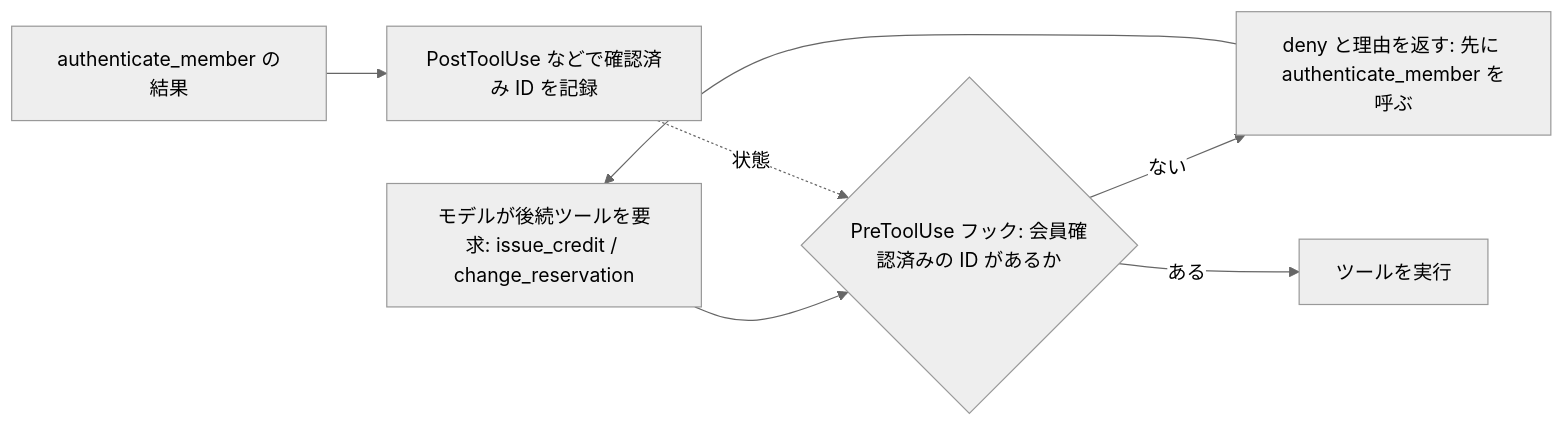
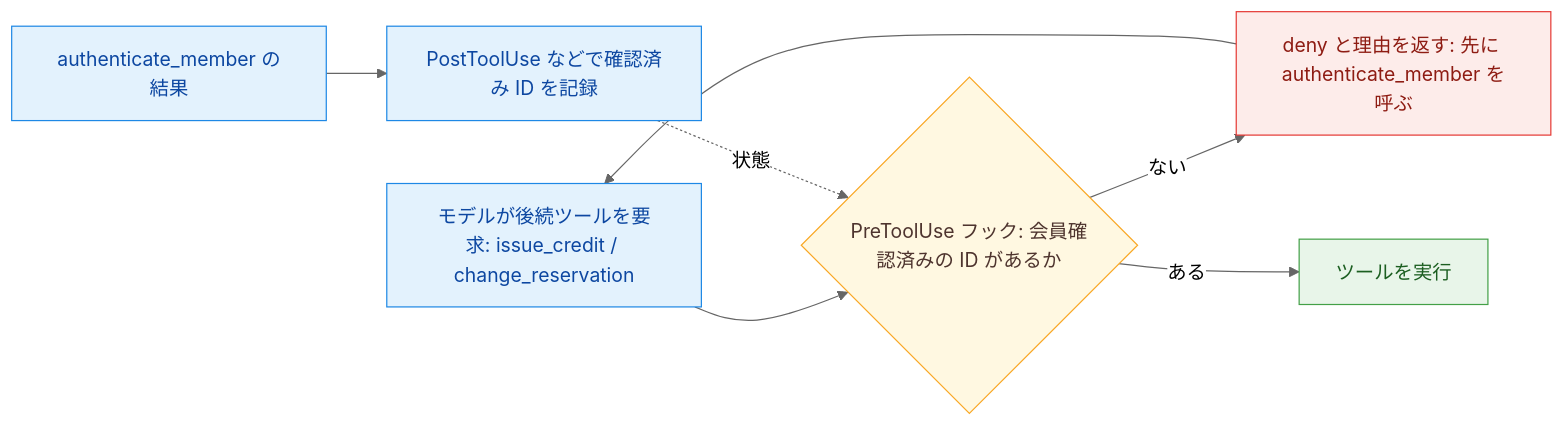
One commit to yuya-take/yuya-exam-notes changed the diagram in ccaf/notes/01-agentic-architecture/programmatic-workflow-enforcement.md. Above: the diagram before and after it, drawn with Mermaid (neutral theme). The commit also changed other lines of this file and 50 other files, not shown here.

````diff
--- a/ccaf/notes/01-agentic-architecture/programmatic-workflow-enforcement.md
+++ b/ccaf/notes/01-agentic-architecture/programmatic-workflow-enforcement.md
@@ -13,9 +12,17 @@
 ```mermaid
 flowchart LR
-  M[モデルが後続ツールを要求: issue_credit / change_reservation] --> H{PreToolUse フック: 会員確認済みの ID があるか}
-  H -- ない --> D[deny と理由を返す: 先に authenticate_member を呼ぶ]
+  M["モデルが後続ツールを要求: issue_credit / change_reservation"] --> H{"PreToolUse フック: 会員確認済みの ID があるか"}
+  H -- ない --> D["deny と理由を返す: 先に authenticate_member を呼ぶ"]
   D --> M
   H -- ある --> X[ツールを実行]
   A[authenticate_member の結果] --> P[PostToolUse などで確認済み ID を記録]
   P -.状態.-> H
+  classDef run fill:#e3f2fd,stroke:#1e88e5,color:#0d47a1
+  classDef judge fill:#fff8e1,stroke:#f9a825,color:#4e342e
+  classDef done fill:#e8f5e9,stroke:#43a047,color:#1b5e20
+  classDef ng fill:#fdecea,stroke:#e53935,color:#8e1c13
+  class M,A,P run
+  class H judge
+  class X done
+  class D ng
 ```
````
